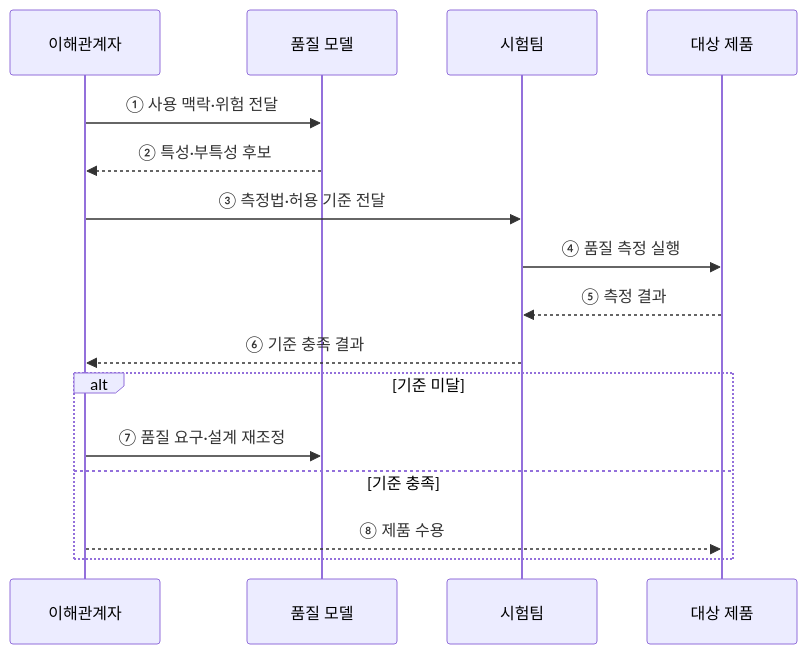
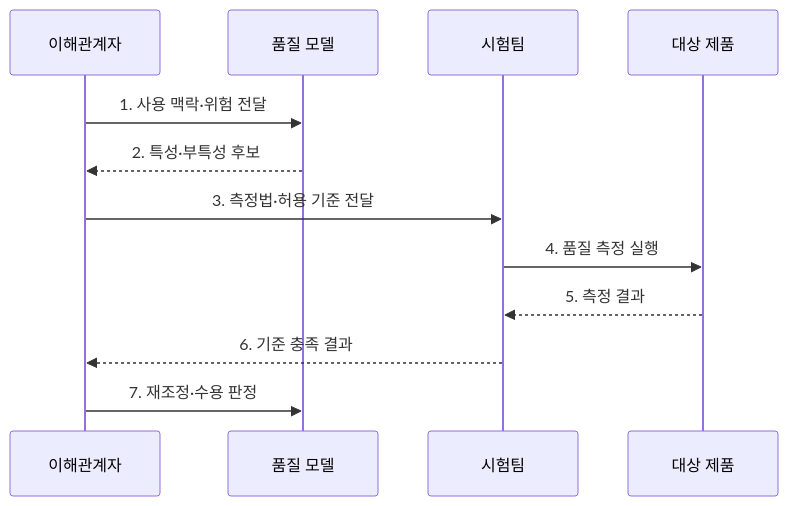
The second of 2 diagrams in src/content/docs/notes/03-software/069_software_quality_iso_25010.md (agnusdei1207/knowledge-base), drawn with Mermaid before and after one commit. The commit also changed other lines of this file and 20 other files, not shown here.

````diff
--- a/src/content/docs/notes/03-software/069_software_quality_iso_25010.md
+++ b/src/content/docs/notes/03-software/069_software_quality_iso_25010.md
@@ -68,18 +79,14 @@
 ```mermaid
 sequenceDiagram
     participant S as 이해관계자
     participant Q as 품질 모델
     participant T as 시험팀
     participant P as 대상 제품
-    S->>Q: ① 사용 맥락·위험 전달
-    Q-->>S: ② 특성·부특성 후보
-    S->>T: ③ 측정법·허용 기준 전달
-    T->>P: ④ 품질 측정 실행
-    P-->>T: ⑤ 측정 결과
-    T-->>S: ⑥ 기준 충족 결과
-    alt 기준 미달
-        S->>Q: ⑦ 품질 요구·설계 재조정
-    else 기준 충족
-        S-->>P: ⑧ 제품 수용
-    end
+    S->>Q: 1. 사용 맥락·위험 전달
+    Q-->>S: 2. 특성·부특성 후보
+    S->>T: 3. 측정법·허용 기준 전달
+    T->>P: 4. 품질 측정 실행
+    P-->>T: 5. 측정 결과
+    T-->>S: 6. 기준 충족 결과
+    S->>Q: 7. 재조정·수용 판정
 ```
````
